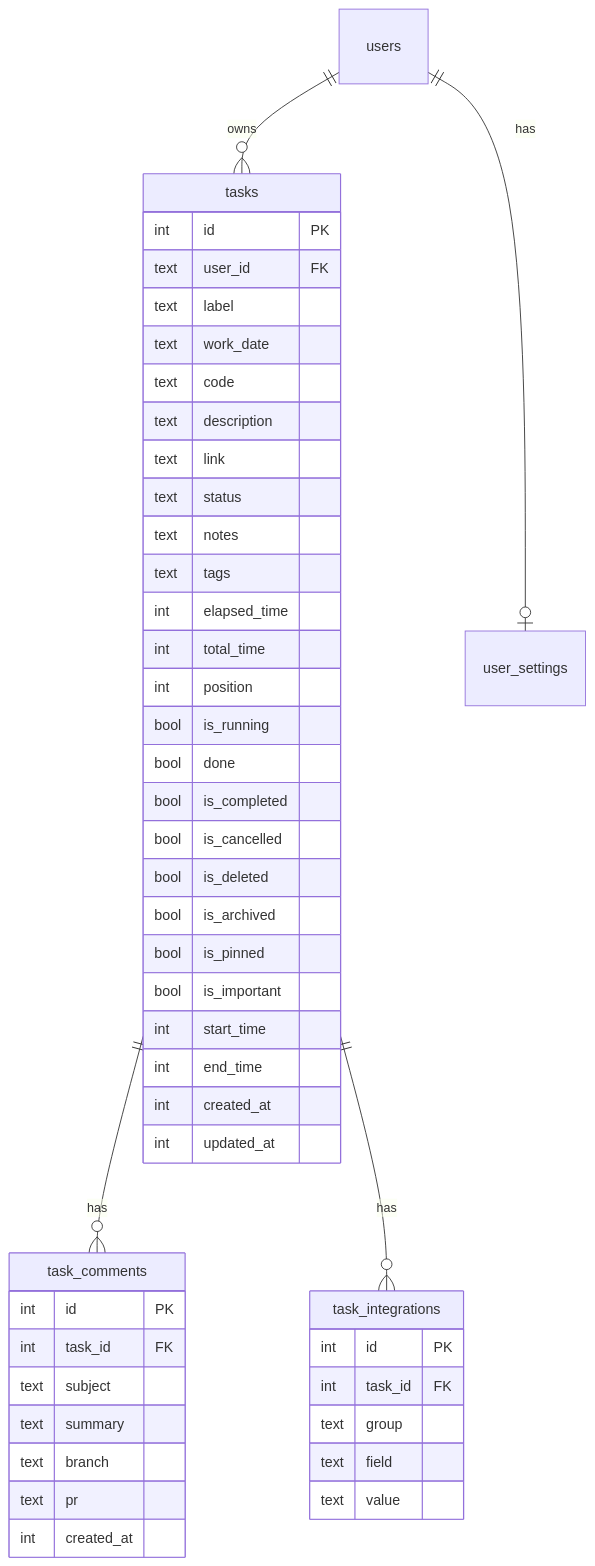
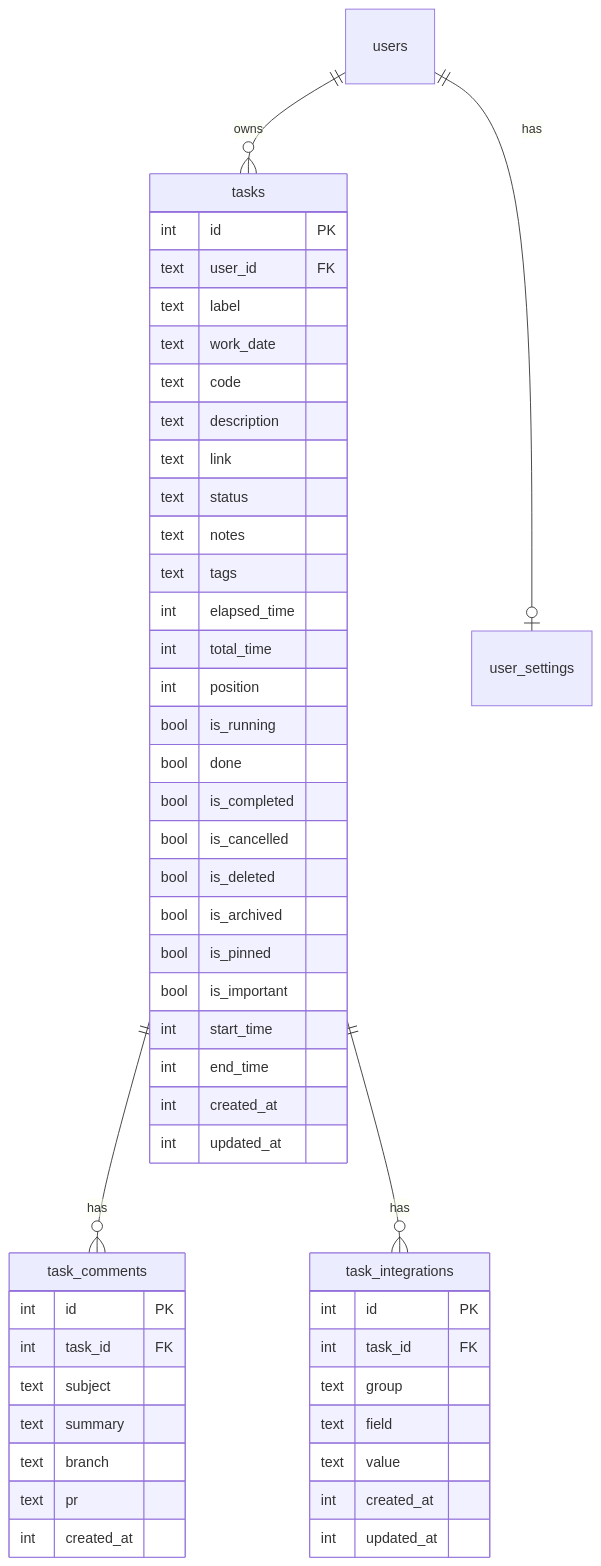
The second of 3 diagrams in docs/tui/erd.md (rivaiamin/tauri-task-timer), drawn with Mermaid before and after one commit. The commit also changed other lines of this file and 4 other files, not shown here.

````diff
--- a/docs/tui/erd.md
+++ b/docs/tui/erd.md
@@ -85,53 +85,55 @@
 ```mermaid
 erDiagram
     users ||--o{ tasks : owns
     tasks ||--o{ task_comments : has
     tasks ||--o{ task_integrations : has
     users ||--o| user_settings : has
 
     tasks {
         int id PK
         text user_id FK
         text label
         text work_date
         text code
         text description
         text link
         text status
         text notes
         text tags
         int elapsed_time
         int total_time
         int position
         bool is_running
         bool done
         bool is_completed
         bool is_cancelled
         bool is_deleted
         bool is_archived
         bool is_pinned
         bool is_important
         int start_time
         int end_time
         int created_at
         int updated_at
     }
 
     task_comments {
         int id PK
         int task_id FK
         text subject
         text summary
         text branch
         text pr
         int created_at
     }
 
     task_integrations {
         int id PK
         int task_id FK
         text group
         text field
         text value
+        int created_at
+        int updated_at
     }
 ```
````
